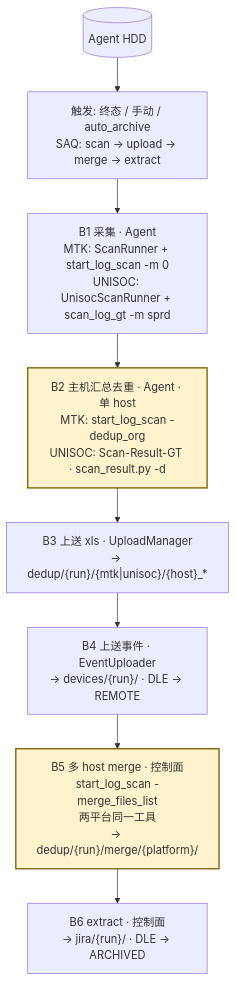
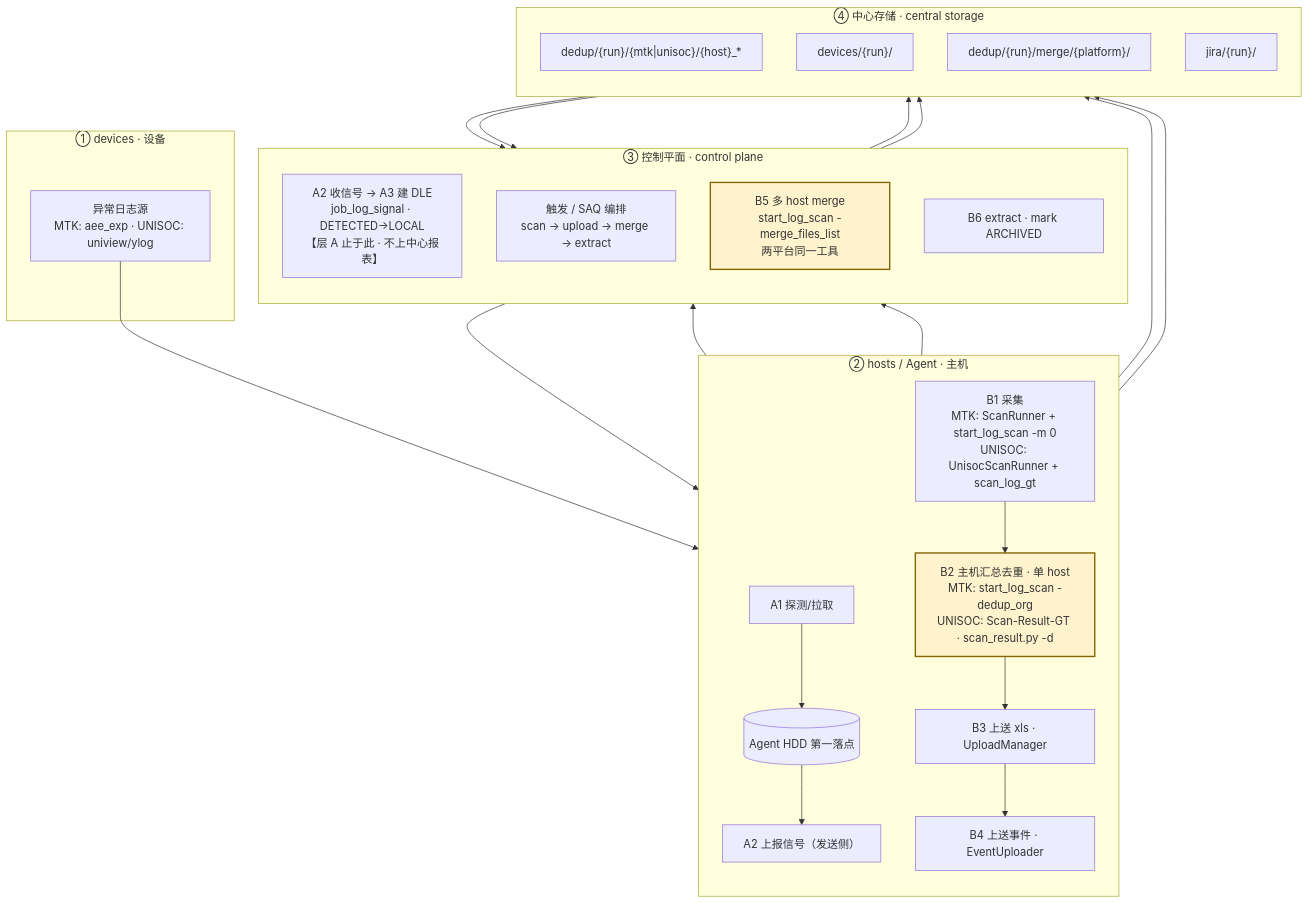
The diagram in docs/design/2026-log-chain-global-semantics.md (DUElost/stability-test-platform), drawn with Mermaid before and after one commit. The commit also changed other lines of this file, not shown here.

Commit message:
docs: §2.D 改为单张层级泳道流程图
devices / hosts / 控制平面 / 中心存储 四泳道；B2@hosts 与 B5@控制面高亮。

````diff
--- a/docs/design/2026-log-chain-global-semantics.md
+++ b/docs/design/2026-log-chain-global-semantics.md
@@ -120,21 +91,43 @@
 ```mermaid
 flowchart TB
-  H[(Agent HDD)]
-  T["触发: 终态 / 手动 / auto_archive<br/>SAQ: scan → upload → merge → extract"]
+  subgraph DEV["① devices · 设备"]
+    D["异常日志源<br/>MTK: aee_exp · UNISOC: uniview/ylog"]
+  end
 
-  B1["B1 采集 · Agent<br/>MTK: ScanRunner + start_log_scan -m 0<br/>UNISOC: UnisocScanRunner + scan_log_gt -m sprd"]
+  subgraph HOST["② hosts / Agent · 主机"]
+    direction TB
+    A1["A1 探测/拉取"]
+    HDD[("Agent HDD 第一落点")]
+    A2["A2 上报信号（发送侧）"]
+    B1["B1 采集<br/>MTK: ScanRunner + start_log_scan -m 0<br/>UNISOC: UnisocScanRunner + scan_log_gt"]
+    B2["B2 主机汇总去重 · 单 host<br/>MTK: start_log_scan -dedup_org<br/>UNISOC: Scan-Result-GT · scan_result.py -d"]
+    B3["B3 上送 xls · UploadManager"]
+    B4["B4 上送事件 · EventUploader"]
+  end
 
-  B2["B2 主机汇总去重 · Agent · 单 host<br/>MTK: start_log_scan -dedup_org<br/>UNISOC: Scan-Result-GT · scan_result.py -d"]
+  subgraph CP["③ 控制平面 · control plane"]
+    direction TB
+    A23["A2 收信号 → A3 建 DLE<br/>job_log_signal · DETECTED→LOCAL<br/>【层 A 止于此 · 不上中心报表】"]
+    TR["触发 / SAQ 编排<br/>scan → upload → merge → extract"]
+    B5["B5 多 host merge<br/>start_log_scan -merge_files_list<br/>两平台同一工具"]
+    B6["B6 extract · mark ARCHIVED"]
+  end
 
-  B3["B3 上送 xls · UploadManager<br/>→ dedup/{run}/{mtk|unisoc}/{host}_*"]
-  B4["B4 上送事件 · EventUploader<br/>→ devices/{run}/ · DLE → REMOTE"]
+  subgraph ST["④ 中心存储 · central storage"]
+    direction TB
+    P1["dedup/{run}/{mtk|unisoc}/{host}_*"]
+    P2["devices/{run}/"]
+    P3["dedup/{run}/merge/{platform}/"]
+    P4["jira/{run}/"]
+  end
 
-  B5["B5 多 host merge · 控制面<br/>start_log_scan -merge_files_list<br/>两平台同一工具<br/>→ dedup/{run}/merge/{platform}/"]
-
-  B6["B6 extract · 控制面<br/>→ jira/{run}/ · DLE → ARCHIVED"]
-
-  H --> T --> B1 --> B2 --> B3 --> B4 --> B5 --> B6
+  D --> A1 --> HDD
+  HDD --> A2 --> A23
+  HDD --> TR --> B1 --> B2 --> B3 --> B4
+  B3 --> P1
+  B4 --> P2
+  P1 --> B5 --> P3 --> B6 --> P4
 
   classDef confuse fill:#fff3cd,stroke:#856404,stroke-width:2px
   class B2,B5 confuse
 ```
````
